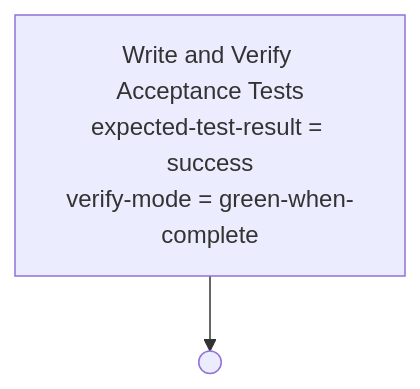
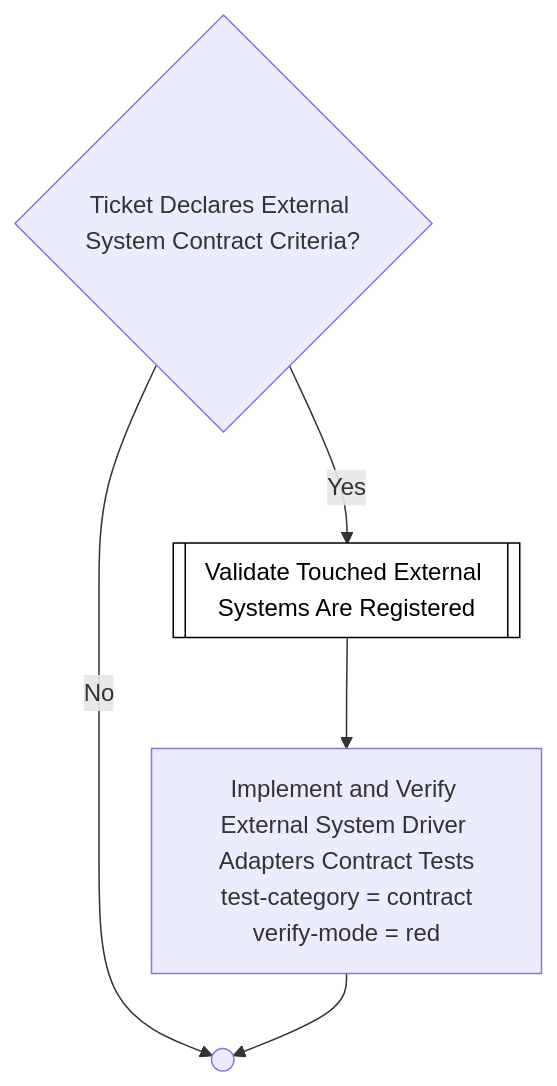
Diagram 12 of 54 in docs/process-diagram.md (optivem/gh-optivem), drawn with Mermaid before and after one commit. The commit also changed other lines of this file and 50 other files, not shown here.

Commit message:
atdd: regenerate process-flow diagram

````diff
--- a/docs/process-diagram.md
+++ b/docs/process-diagram.md
@@ -259,7 +253,15 @@
 ```mermaid
 flowchart TD
-    WRITE_AND_VERIFY_ACCEPTANCE_TESTS["Write and Verify Acceptance Tests<br/>expected-test-result = success<br/>verify-mode = green-when-complete"]
-    WAV_AT_PASS_END(( ))
+    GATE_TICKET_HAS_ESCC{Ticket Declares External System Contract Criteria?}
+    VALIDATE_EXTERNAL_SYSTEMS_REGISTERED[[Validate Touched External Systems Are Registered]]
+    IMPLEMENT_EXTERNAL_DRIVERS_END(( ))
+    IMPLEMENT_AND_VERIFY_EXTERNAL_DRIVER_ADAPTERS["Implement and Verify External System Driver Adapters Contract Tests<br/>test-category = contract<br/>verify-mode = red"]
 
-    WRITE_AND_VERIFY_ACCEPTANCE_TESTS --> WAV_AT_PASS_END
+    GATE_TICKET_HAS_ESCC -- Yes --> VALIDATE_EXTERNAL_SYSTEMS_REGISTERED
+    GATE_TICKET_HAS_ESCC -- No --> IMPLEMENT_EXTERNAL_DRIVERS_END
+    VALIDATE_EXTERNAL_SYSTEMS_REGISTERED --> IMPLEMENT_AND_VERIFY_EXTERNAL_DRIVER_ADAPTERS
+    IMPLEMENT_AND_VERIFY_EXTERNAL_DRIVER_ADAPTERS --> IMPLEMENT_EXTERNAL_DRIVERS_END
+
+    classDef serviceNode fill:#ffffff,stroke:#000000,stroke-width:1px,color:#000000
+    class VALIDATE_EXTERNAL_SYSTEMS_REGISTERED serviceNode
 ```
````
